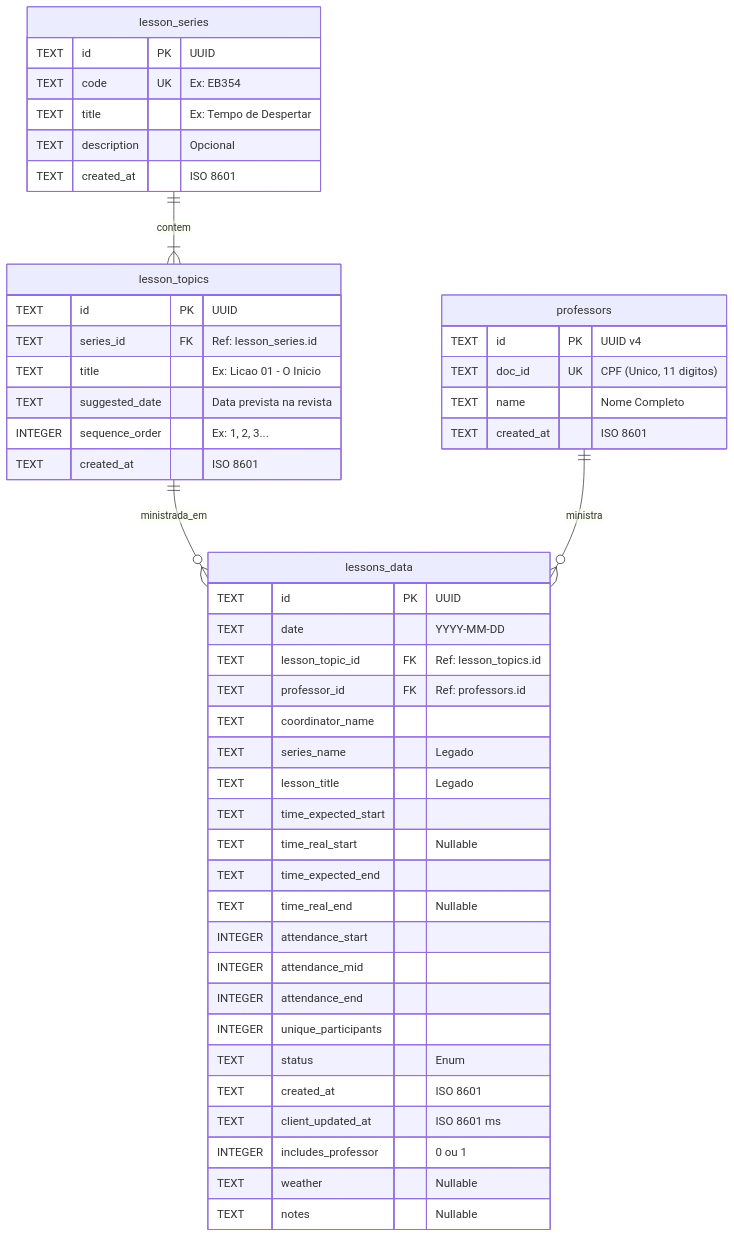
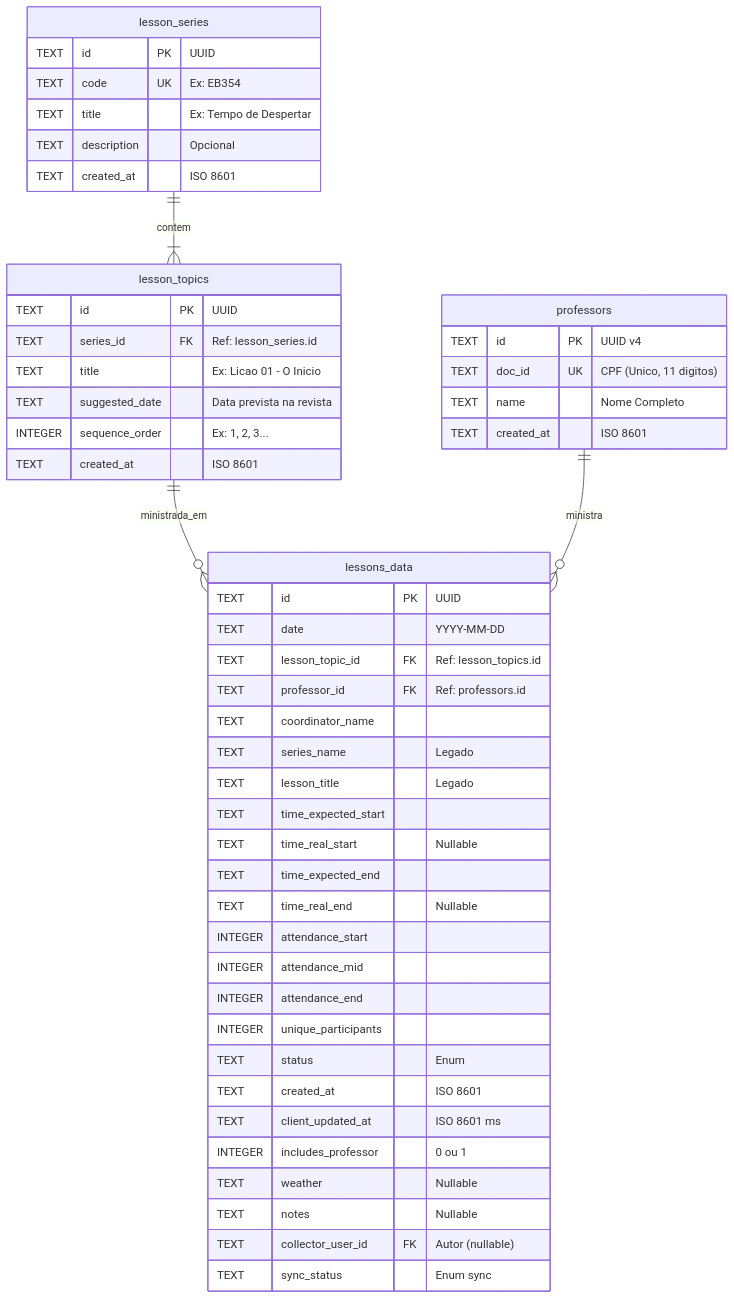
The diagram in README.md (j0ruge/eb-analytics), drawn with Mermaid before and after one commit. The commit also changed other lines of this file and 2 other files, not shown here.

````diff
--- a/README.md
+++ b/README.md
@@ -214,54 +264,56 @@
 ```mermaid
 erDiagram
     lesson_series {
         TEXT id PK "UUID"
         TEXT code UK "Ex: EB354"
         TEXT title "Ex: Tempo de Despertar"
         TEXT description "Opcional"
         TEXT created_at "ISO 8601"
     }
 
     lesson_topics {
         TEXT id PK "UUID"
         TEXT series_id FK "Ref: lesson_series.id"
         TEXT title "Ex: Licao 01 - O Inicio"
         TEXT suggested_date "Data prevista na revista"
         INTEGER sequence_order "Ex: 1, 2, 3..."
         TEXT created_at "ISO 8601"
     }
 
     professors {
         TEXT id PK "UUID v4"
         TEXT doc_id UK "CPF (Unico, 11 digitos)"
         TEXT name "Nome Completo"
         TEXT created_at "ISO 8601"
     }
 
     lessons_data {
         TEXT id PK "UUID"
         TEXT date "YYYY-MM-DD"
         TEXT lesson_topic_id FK "Ref: lesson_topics.id"
         TEXT professor_id FK "Ref: professors.id"
         TEXT coordinator_name
         TEXT series_name "Legado"
         TEXT lesson_title "Legado"
         TEXT time_expected_start
         TEXT time_real_start "Nullable"
         TEXT time_expected_end
         TEXT time_real_end "Nullable"
         INTEGER attendance_start
         INTEGER attendance_mid
         INTEGER attendance_end
         INTEGER unique_participants
         TEXT status "Enum"
         TEXT created_at "ISO 8601"
         TEXT client_updated_at "ISO 8601 ms"
         INTEGER includes_professor "0 ou 1"
         TEXT weather "Nullable"
         TEXT notes "Nullable"
+        TEXT collector_user_id FK "Autor (nullable)"
+        TEXT sync_status "Enum sync"
     }
 
     lesson_series ||--|{ lesson_topics : contem
     lesson_topics ||--o{ lessons_data : ministrada_em
     professors ||--o{ lessons_data : ministra
 ```
````
